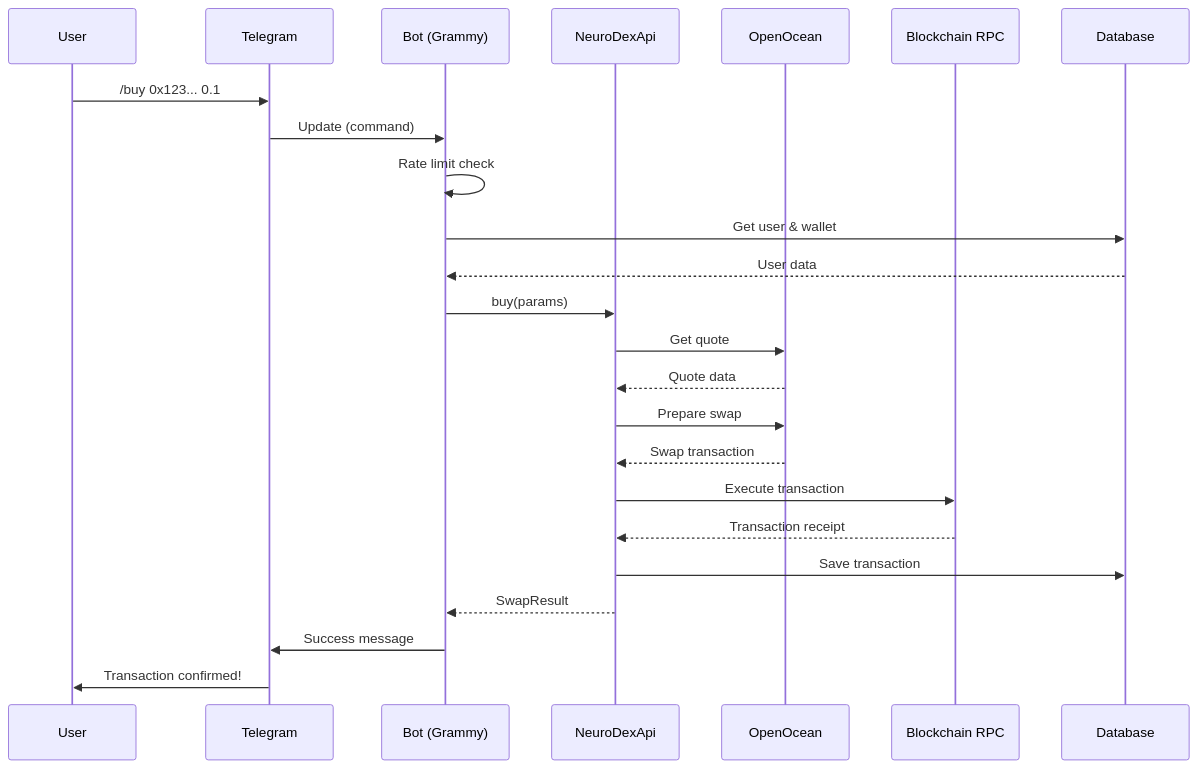
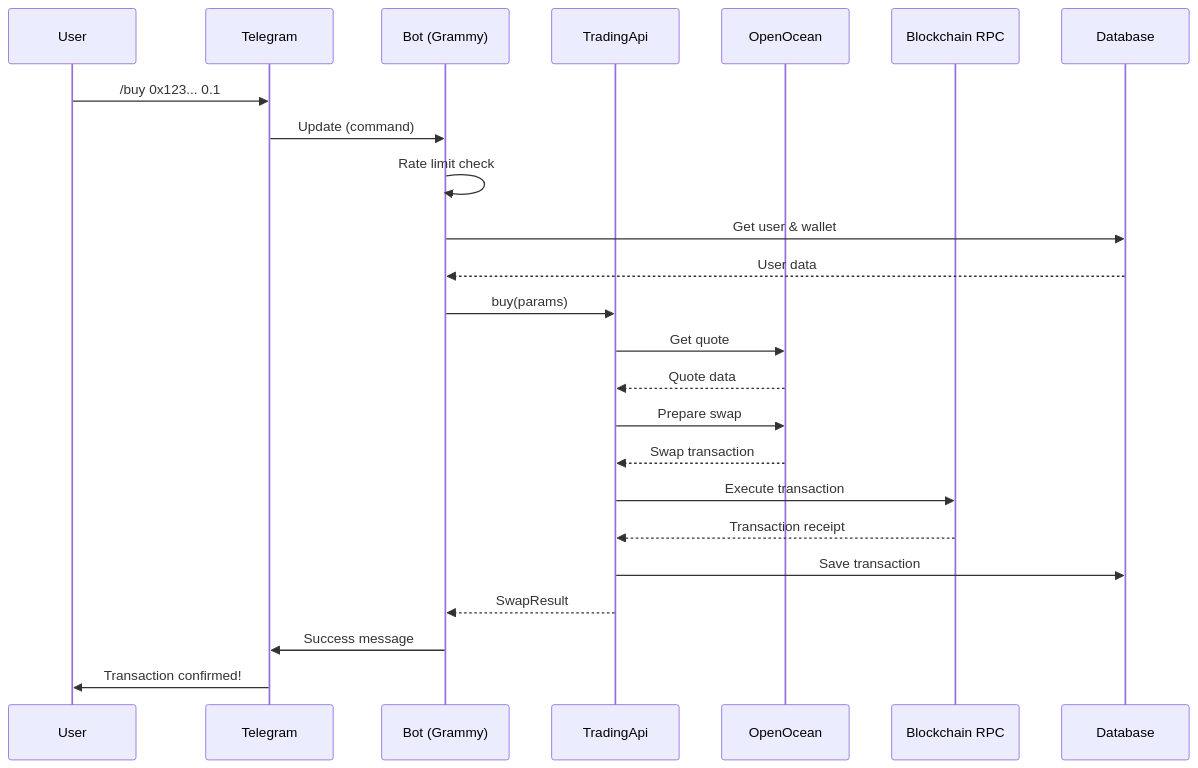
The second of 3 diagrams in docs/development.md (axioma-ai-labs/telegram-trading-bot), drawn with Mermaid before and after one commit. The commit also changed other lines of this file and 8 other files, not shown here.

````diff
--- a/docs/development.md
+++ b/docs/development.md
@@ -106,27 +106,27 @@
 ```mermaid
 sequenceDiagram
     participant U as User
     participant T as Telegram
     participant B as Bot (Grammy)
-    participant N as NeuroDexApi
+    participant N as TradingApi
     participant O as OpenOcean
     participant R as Blockchain RPC
     participant D as Database
 
     U->>T: /buy 0x123... 0.1
     T->>B: Update (command)
     B->>B: Rate limit check
     B->>D: Get user & wallet
     D-->>B: User data
     B->>N: buy(params)
     N->>O: Get quote
     O-->>N: Quote data
     N->>O: Prepare swap
     O-->>N: Swap transaction
     N->>R: Execute transaction
     R-->>N: Transaction receipt
     N->>D: Save transaction
     N-->>B: SwapResult
     B->>T: Success message
     T->>U: Transaction confirmed!
 ```
````
